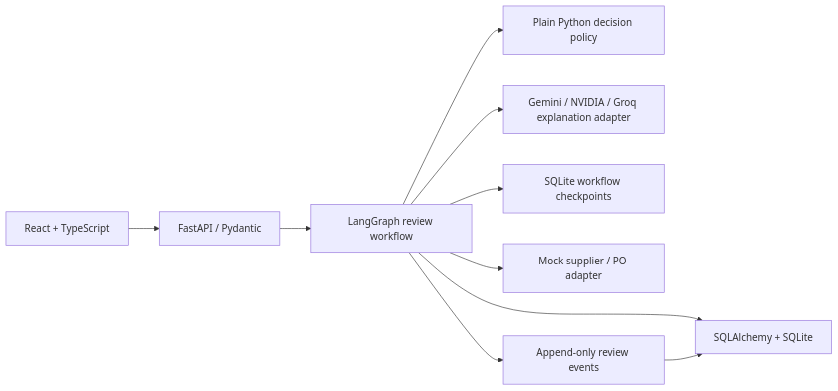
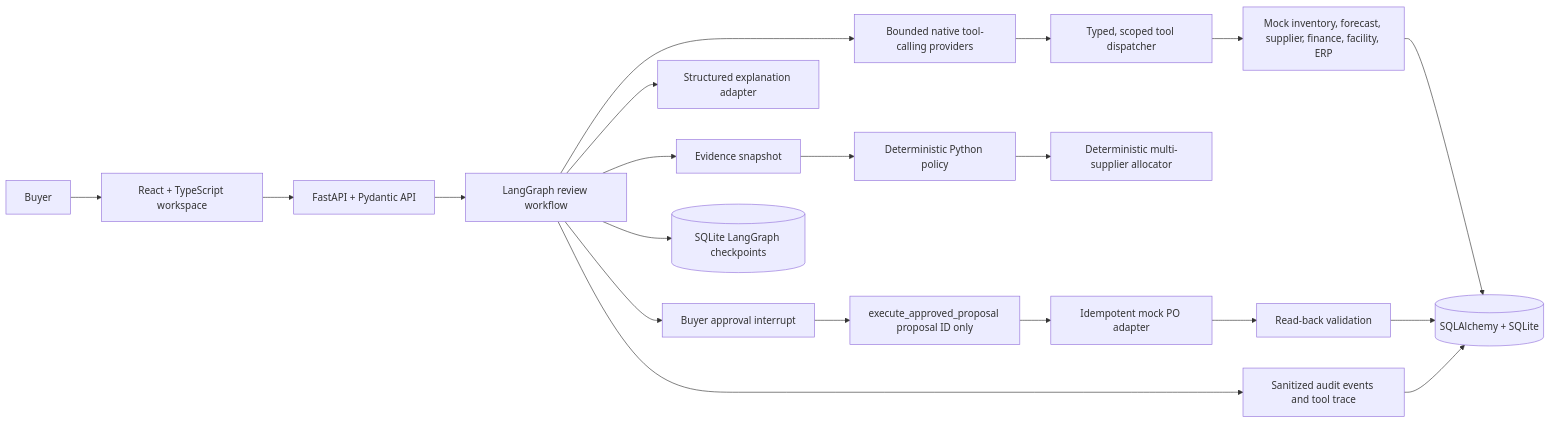
Before and after one commit to Aditya-Chawla-20/ai-purchasing-agent: the diagram in README.md, drawn with Mermaid. The commit also changed other lines of this file, not shown here.

````diff
--- a/README.md
+++ b/README.md
@@ -7,12 +19,23 @@
 ```mermaid
 flowchart LR
-    Buyer[React + TypeScript] --> API[FastAPI / Pydantic]
-    API --> Graph[LangGraph review workflow]
-    Graph --> Domain[Plain Python decision policy]
-    Graph --> Explain[Gemini / NVIDIA / Groq explanation adapter]
-    Graph --> Store[SQLAlchemy + SQLite]
-    Graph --> Checkpoint[SQLite workflow checkpoints]
-    Graph --> Supplier[Mock supplier / PO adapter]
-    Graph --> Audit[Append-only review events]
-    Audit --> Store
+    Buyer[Buyer] --> Web[React + TypeScript workspace]
+    Web --> API[FastAPI + Pydantic API]
+    API --> Workflow[LangGraph review workflow]
+
+    Workflow --> Planner[Bounded native tool-calling providers]
+    Planner --> Dispatcher[Typed, scoped tool dispatcher]
+    Dispatcher --> Sources[Mock inventory, forecast, supplier, finance, facility, ERP]
+    Sources --> DB[(SQLAlchemy + SQLite)]
+    Workflow --> Evidence[Evidence snapshot]
+    Evidence --> Policy[Deterministic Python policy]
+    Policy --> Allocator[Deterministic multi-supplier allocator]
+    Workflow --> Explain[Structured explanation adapter]
+    Workflow --> Approval[Buyer approval interrupt]
+    Approval --> ActionTool[execute_approved_proposal proposal ID only]
+    ActionTool --> PO[Idempotent mock PO adapter]
+    PO --> Validate[Read-back validation]
+    Validate --> DB
+    Workflow --> Audit[Sanitized audit events and tool trace]
+    Audit --> DB
+    Workflow --> Checkpoint[(SQLite LangGraph checkpoints)]
 ```
````
